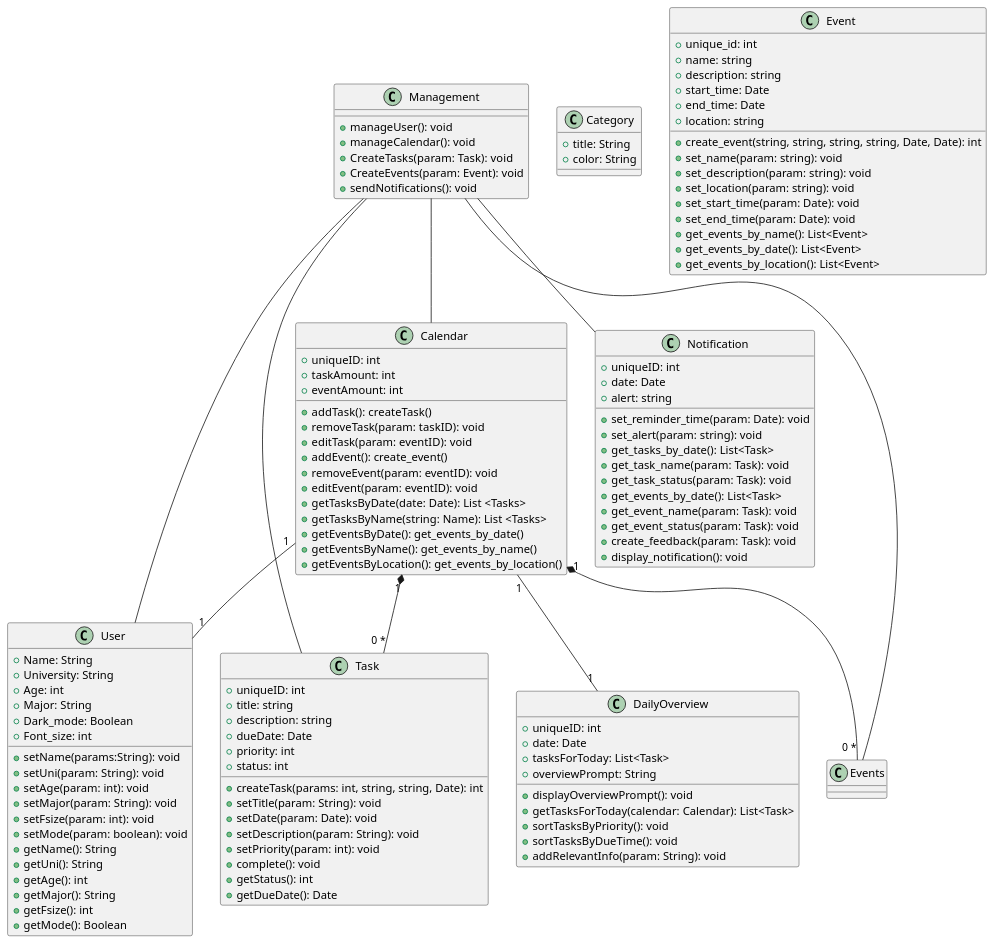
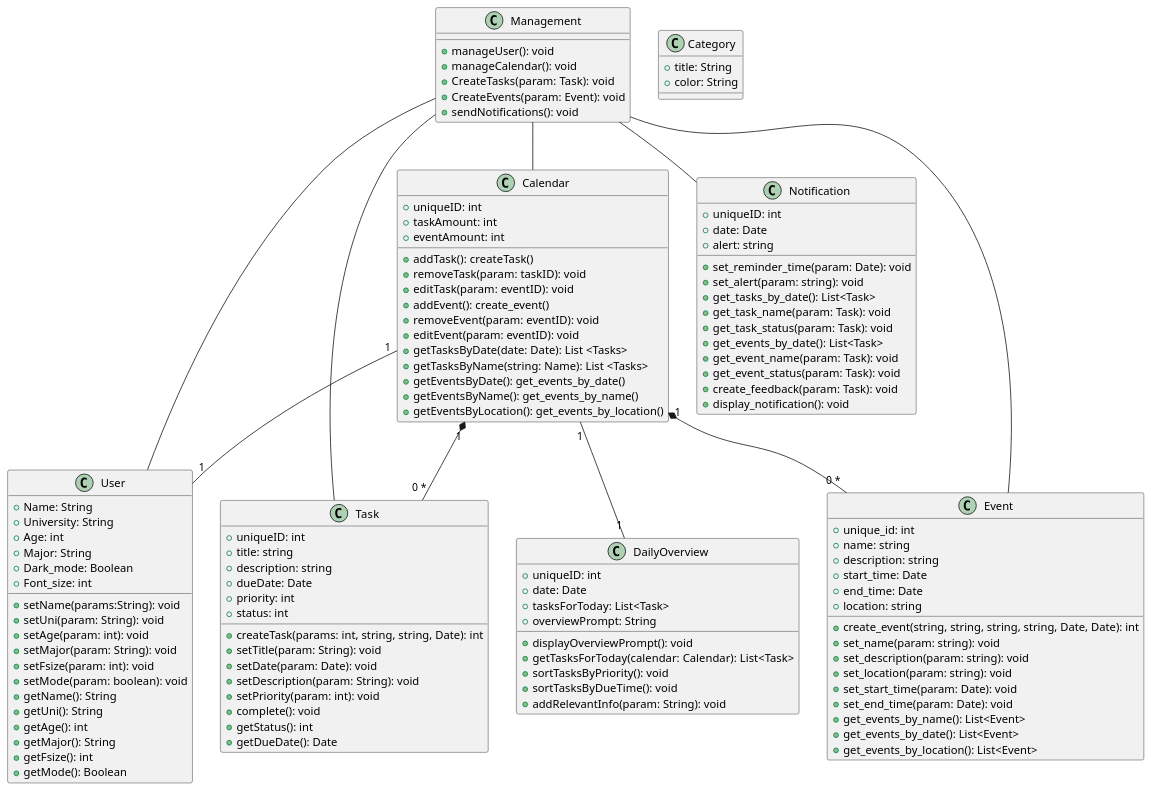
One commit to CS361-2024Fall-Term/Innovators changed the diagram in assignment6/Diagram.puml. Above: the diagram before and after it, drawn with PlantUML.

Commit message:
Update Diagram.puml
removed s from events

```diff
--- a/assignment6/Diagram.puml
+++ b/assignment6/Diagram.puml
@@ -1,132 +1,132 @@
 @startuml
 
 class User {
   +Name: String
   +University: String
   +Age: int
   +Major: String
   +Dark_mode: Boolean
   +Font_size: int
   +setName(params:String): void
   +setUni(param: String): void
   +setAge(param: int): void
   +setMajor(param: String): void
   +setFsize(param: int): void
   +setMode(param: boolean): void
   +getName(): String
   +getUni(): String
   +getAge(): int
   +getMajor(): String
   +getFsize(): int
   +getMode(): Boolean
  
 }
 
 class Calendar {
   +uniqueID: int  
   +taskAmount: int
   +eventAmount: int
   +addTask(): createTask()
   +removeTask(param: taskID): void
   +editTask(param: eventID): void
   +addEvent(): create_event()
   +removeEvent(param: eventID): void
   +editEvent(param: eventID): void
   +getTasksByDate(date: Date): List <Tasks>
   +getTasksByName(string: Name): List <Tasks>
   +getEventsByDate(): get_events_by_date()
   +getEventsByName(): get_events_by_name()
   +getEventsByLocation(): get_events_by_location()
 }
 
 class Task {
   +uniqueID: int
   +title: string
   +description: string
   +dueDate: Date
   +priority: int
   +status: int
   +createTask(params: int, string, string, Date): int
   +setTitle(param: String): void
   +setDate(param: Date): void
   +setDescription(param: String): void
   +setPriority(param: int): void
   +complete(): void
   +getStatus(): int
   +getDueDate(): Date
 }
 
 class Category {
   +title: String
   +color: String
 }
 
 class Notification {
   +uniqueID: int  
   +date: Date
   +alert: string
   
   +set_reminder_time(param: Date): void
   +set_alert(param: string): void
   +get_tasks_by_date(): List<Task>
   +get_task_name(param: Task): void
   +get_task_status(param: Task): void
   +get_events_by_date(): List<Task>
   +get_event_name(param: Task): void
   +get_event_status(param: Task): void
   +create_feedback(param: Task): void
   +display_notification(): void
 }
 
 class Event {
   +unique_id: int  
   +name: string
   +description: string
   +start_time: Date
   +end_time: Date
   +location: string
   +create_event(string, string, string, string, Date, Date): int
   +set_name(param: string): void
   +set_description(param: string): void
   +set_location(param: string): void
   +set_start_time(param: Date): void
   +set_end_time(param: Date): void
   +get_events_by_name(): List<Event>
   +get_events_by_date(): List<Event>
   +get_events_by_location(): List<Event>
 }
 
 class DailyOverview {
     +uniqueID: int
     +date: Date
     +tasksForToday: List<Task>
     +overviewPrompt: String
 
     +displayOverviewPrompt(): void
     +getTasksForToday(calendar: Calendar): List<Task>
     +sortTasksByPriority(): void
     +sortTasksByDueTime(): void
     +addRelevantInfo(param: String): void
 }
 
 class Management {
   +manageUser(): void
   +manageCalendar(): void
   +CreateTasks(param: Task): void
   +CreateEvents(param: Event): void
   +sendNotifications(): void
 }
 
 Management -- User
 Management -- Calendar
 Management -- Task
-Management -- Events
+Management -- Event
 Management -- Notification
 
 Calendar "1" -- "1" User
 Calendar "1" *-- "0 *" Task
-Calendar "1" *-- "0 *" Events
+Calendar "1" *-- "0 *" Event
 Calendar "1" -- "1" DailyOverview
 
 
 @enduml
```
